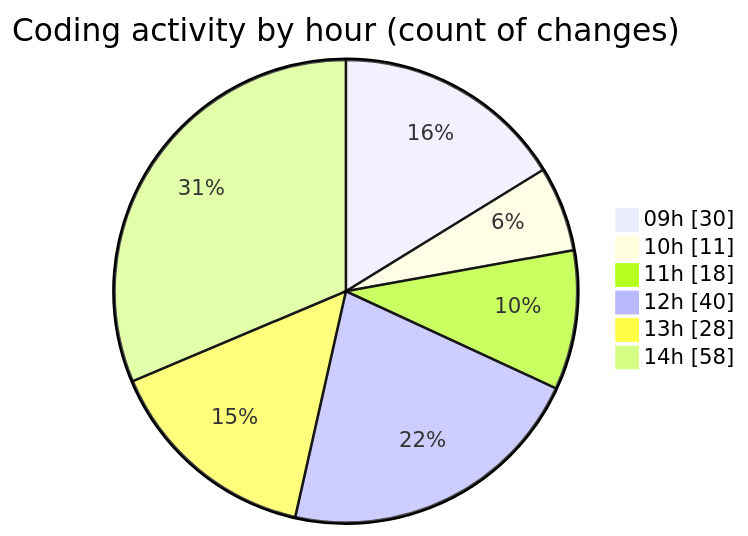
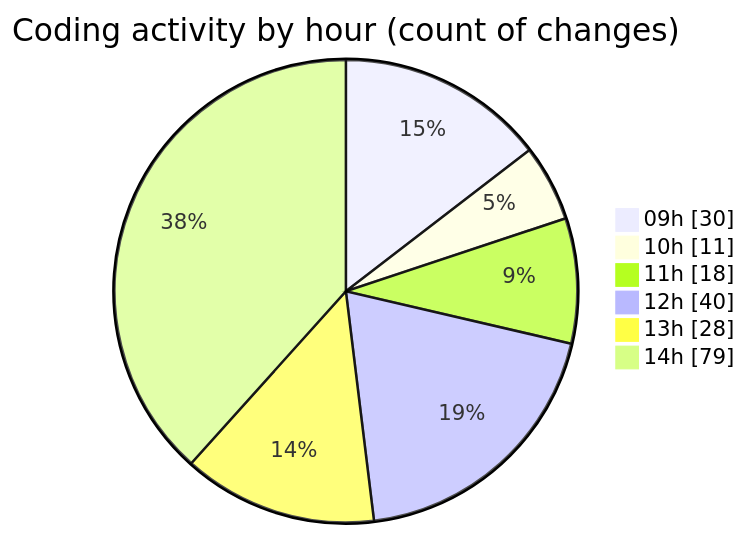
Before and after one commit to momahboobian/code-tracking: the second of 2 diagrams in 2025-03-05/cda/README.md, drawn with Mermaid. The commit also changed other lines of this file and 1 other file, not shown here.

````diff
--- a/2025-03-05/cda/README.md
+++ b/2025-03-05/cda/README.md
@@ -59,10 +59,10 @@
 ```mermaid
 pie showData
 title Coding activity by hour (count of changes)
 "09h" : 30
 "10h" : 11
 "11h" : 18
 "12h" : 40
 "13h" : 28
-"14h" : 58
+"14h" : 79
 ```
````
